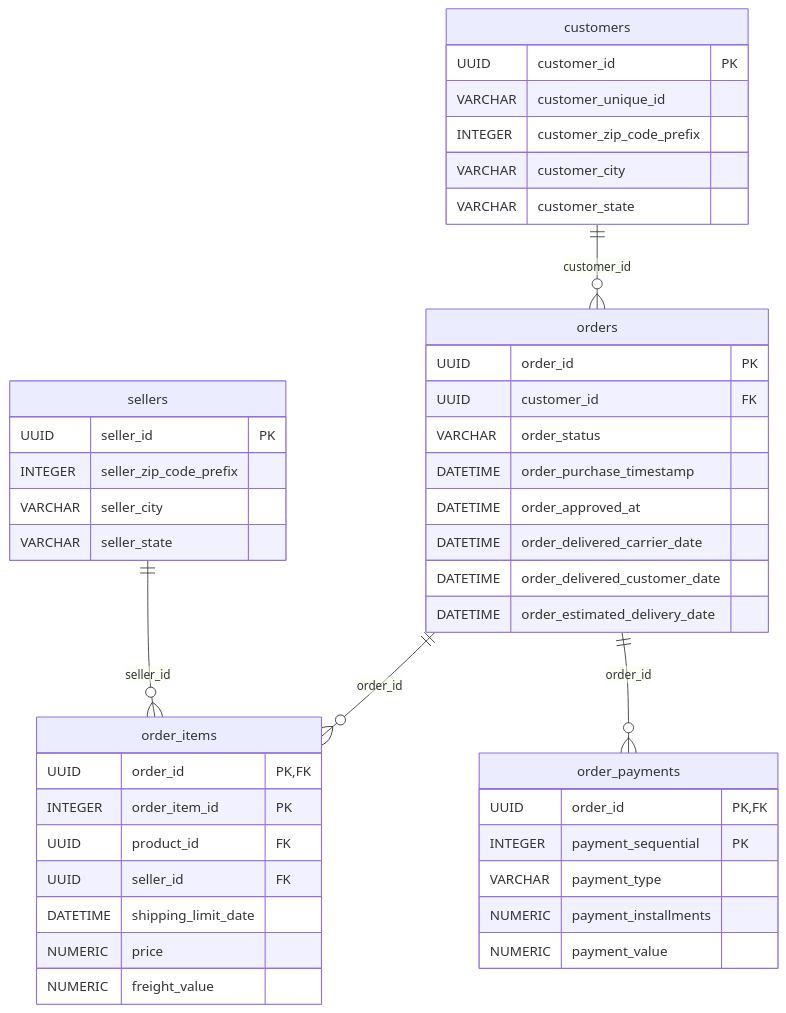
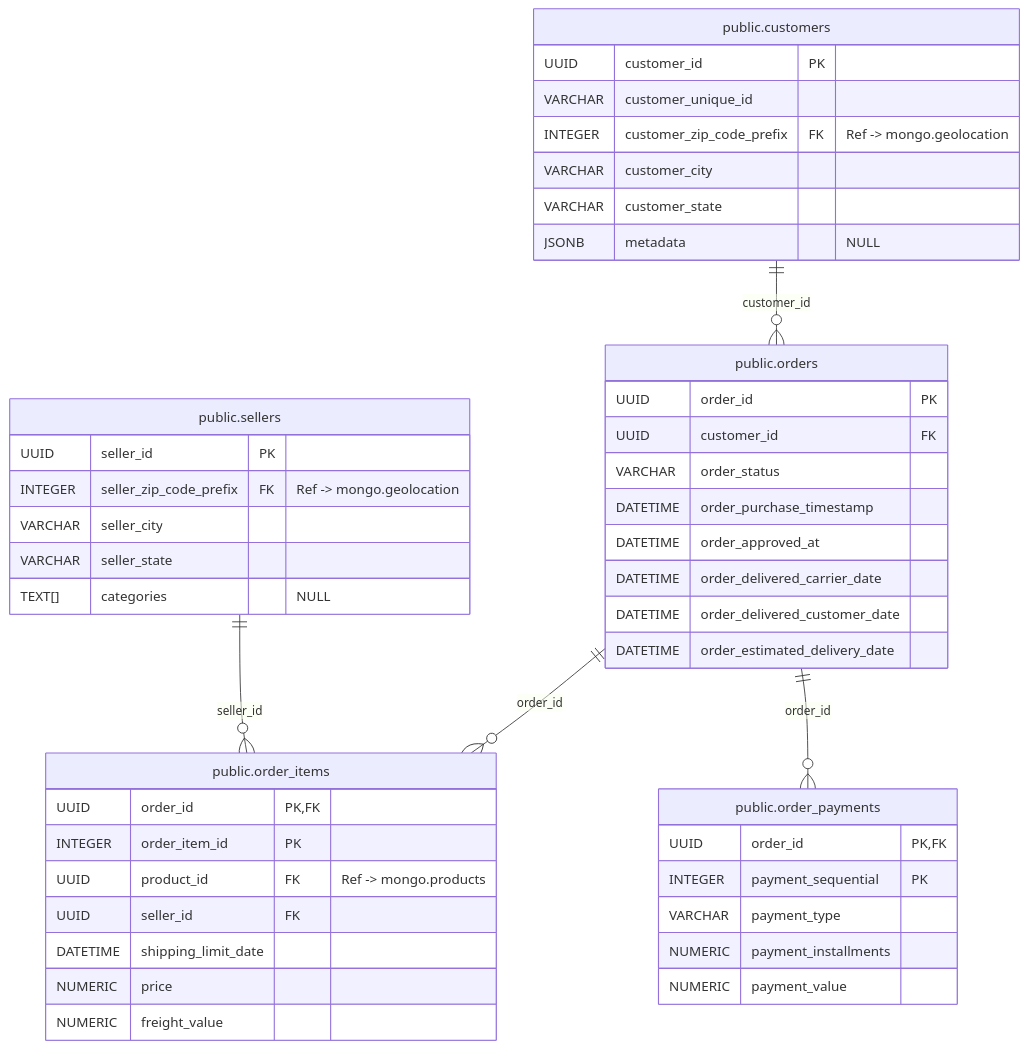
Before and after one commit to earamirez190/Ecommify_Database_Design: the diagram in postgresql/ModeloER-3FN.md, drawn with Mermaid.

Commit message:
Revisar el modelo ER con el esquema público y las referencias de claves forenses
Se ha actualizado el modelo entidad-relación para incluir referencias públicas al esquema y anotaciones de claves externas.

````diff
--- a/postgresql/ModeloER-3FN.md
+++ b/postgresql/ModeloER-3FN.md
@@ -3,47 +3,56 @@
 ```mermaid
 erDiagram
-    customers ||--o{ orders : customer_id
-    orders ||--o{ order_items : order_id
-    orders ||--o{ order_payments : order_id
-    sellers ||--o{ order_items : seller_id
+    %% Relaciones internas del esquema public (PostgreSQL)
+    "public.customers" ||--o{ "public.orders" : customer_id
+    "public.orders" ||--o{ "public.order_items" : order_id
+    "public.orders" ||--o{ "public.order_payments" : order_id
+    "public.sellers" ||--o{ "public.order_items" : seller_id
 
-    customers {
+    %% Entidades del esquema public
+    "public.customers" {
         UUID customer_id PK
         VARCHAR customer_unique_id
-        INTEGER customer_zip_code_prefix
+        INTEGER customer_zip_code_prefix FK "Ref -> mongo.geolocation"
         VARCHAR customer_city
         VARCHAR customer_state
+        JSONB metadata "NULL"
     }
-    orders {
+    
+    "public.orders" {
         UUID order_id PK
         UUID customer_id FK
         VARCHAR order_status
         DATETIME order_purchase_timestamp
         DATETIME order_approved_at
         DATETIME order_delivered_carrier_date
         DATETIME order_delivered_customer_date
         DATETIME order_estimated_delivery_date
+        %% Nota: Las reseñas de esta orden viven en mongo.order_reviews
     }
-    order_items {
+    
+    "public.order_items" {
         UUID order_id PK,FK
         INTEGER order_item_id PK
-        UUID product_id FK
+        UUID product_id FK "Ref -> mongo.products"
         UUID seller_id FK
         DATETIME shipping_limit_date
         NUMERIC price
         NUMERIC freight_value
     }
-    order_payments {
+    
+    "public.order_payments" {
         UUID order_id PK,FK
         INTEGER payment_sequential PK
         VARCHAR payment_type
         NUMERIC payment_installments
         NUMERIC payment_value
     }
-    sellers {
+    
+    "public.sellers" {
         UUID seller_id PK
-        INTEGER seller_zip_code_prefix
+        INTEGER seller_zip_code_prefix FK "Ref -> mongo.geolocation"
         VARCHAR seller_city
         VARCHAR seller_state
+        TEXT[] categories "NULL"
     }
 ```
````
